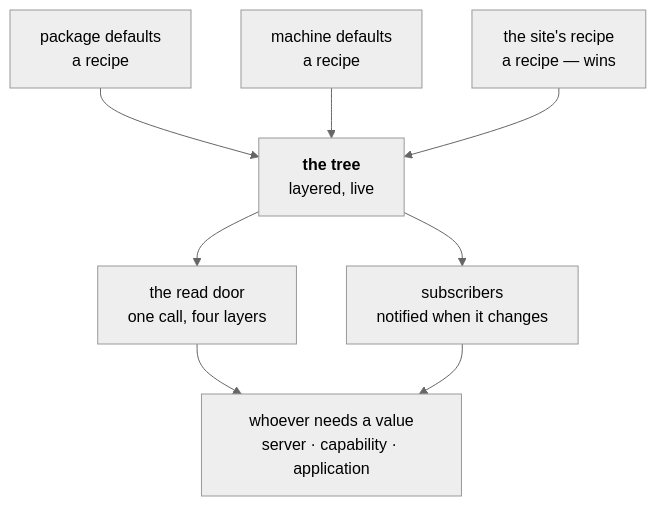
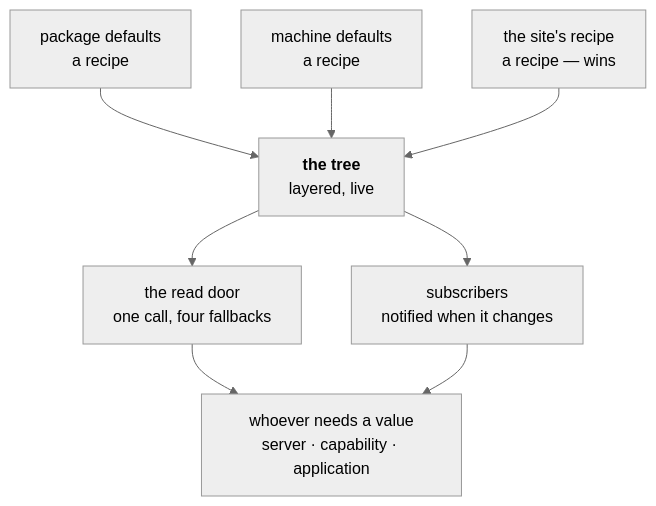
Before and after one commit to genropy/genro-asgi: the diagram in internals/10_server/015_configuration/README.md, drawn with Mermaid (neutral theme). The commit also changed other lines of this file and 2 other files, not shown here.

````diff
--- a/internals/10_server/015_configuration/README.md
+++ b/internals/10_server/015_configuration/README.md
@@ -47,10 +47,10 @@
 ```mermaid
 flowchart TB
     R1["package defaults<br/>a recipe"] --> T["<b>the tree</b><br/>layered, live"]
     R2["machine defaults<br/>a recipe"] --> T
     R3["the site's recipe<br/>a recipe — wins"] --> T
-    T --> RD["the read door<br/>one call, four layers"]
+    T --> RD["the read door<br/>one call, four fallbacks"]
     T --> SUB["subscribers<br/>notified when it changes"]
     RD --> C["whoever needs a value<br/>server · capability · application"]
     SUB --> C
 ```
````
